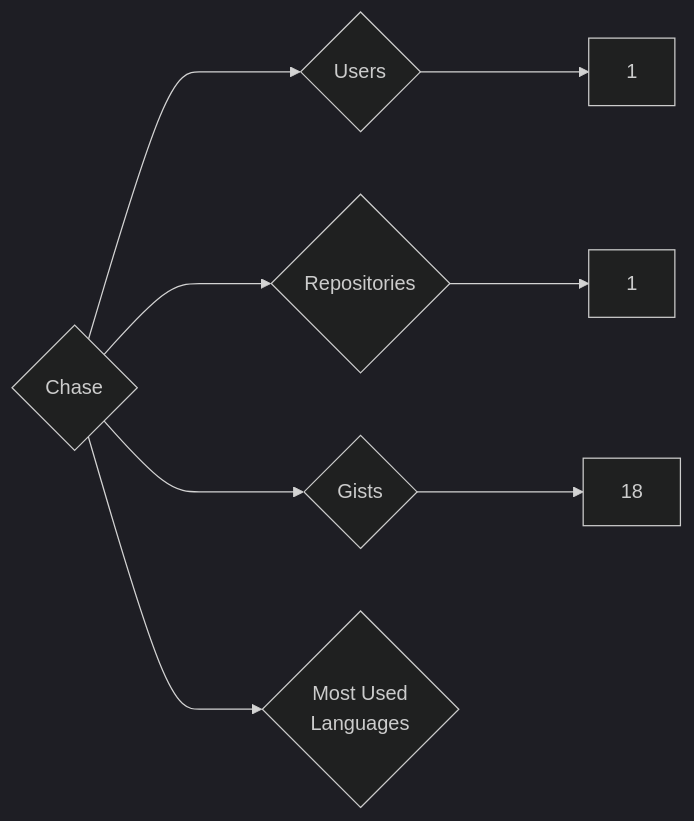
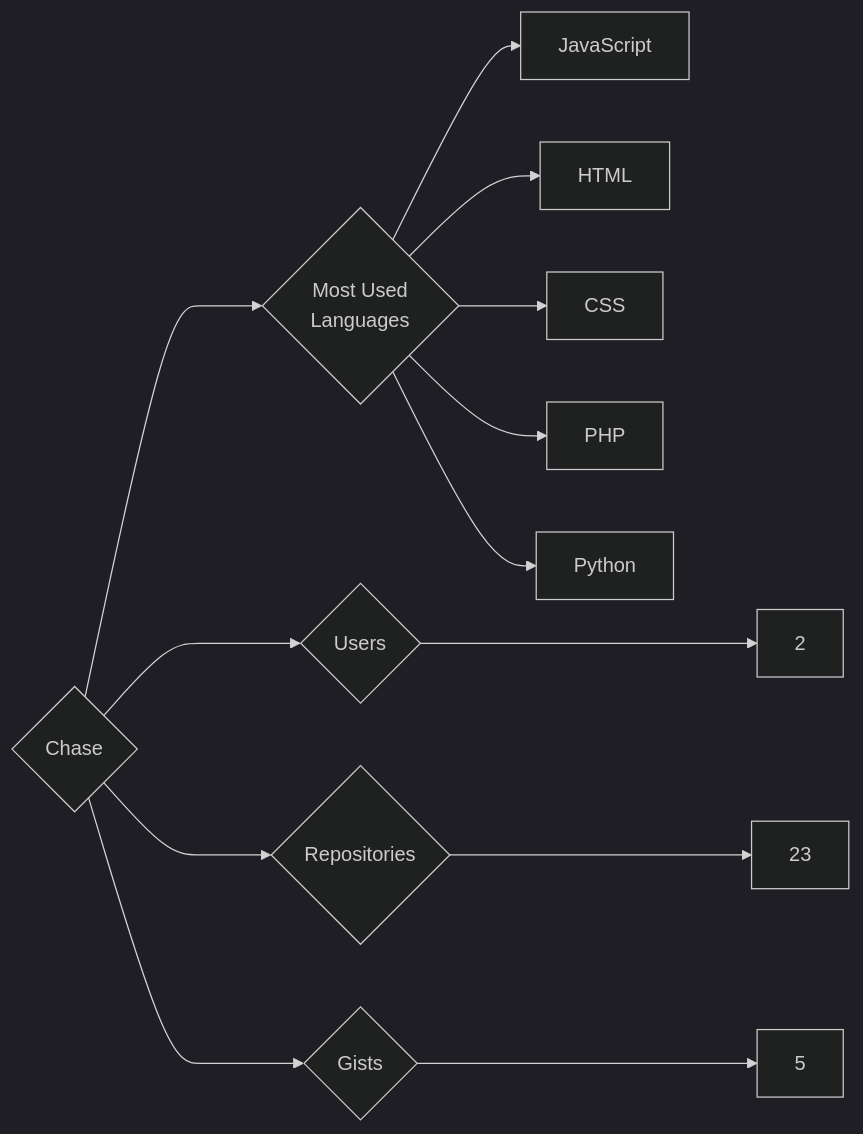
The diagram in targets/Chase/README.md (trickest/insiders), drawn with Mermaid (dark theme) before and after one commit. The commit also changed 1120 other files, not shown here.

````diff
--- a/targets/Chase/README.md
+++ b/targets/Chase/README.md
@@ -3,8 +3,13 @@
 ```mermaid
 graph LR
 COMPANY_NAME{Chase}
-COMPANY_NAME ---> U{Users} ---> UN[1]
-COMPANY_NAME ---> R{Repositories} ---> RN[1]
-COMPANY_NAME ---> G{Gists} ---> GN[18]
+COMPANY_NAME ---> U{Users} ---> UN[2]
+COMPANY_NAME ---> R{Repositories} ---> RN[23]
+COMPANY_NAME ---> G{Gists} ---> GN[5]
 COMPANY_NAME ---> ML{Most Used<br>Languages}
+ML --> JavaScript[JavaScript]
+ML --> HTML[HTML]
+ML --> CSS[CSS]
+ML --> PHP[PHP]
+ML --> Python[Python]
 ```
````
